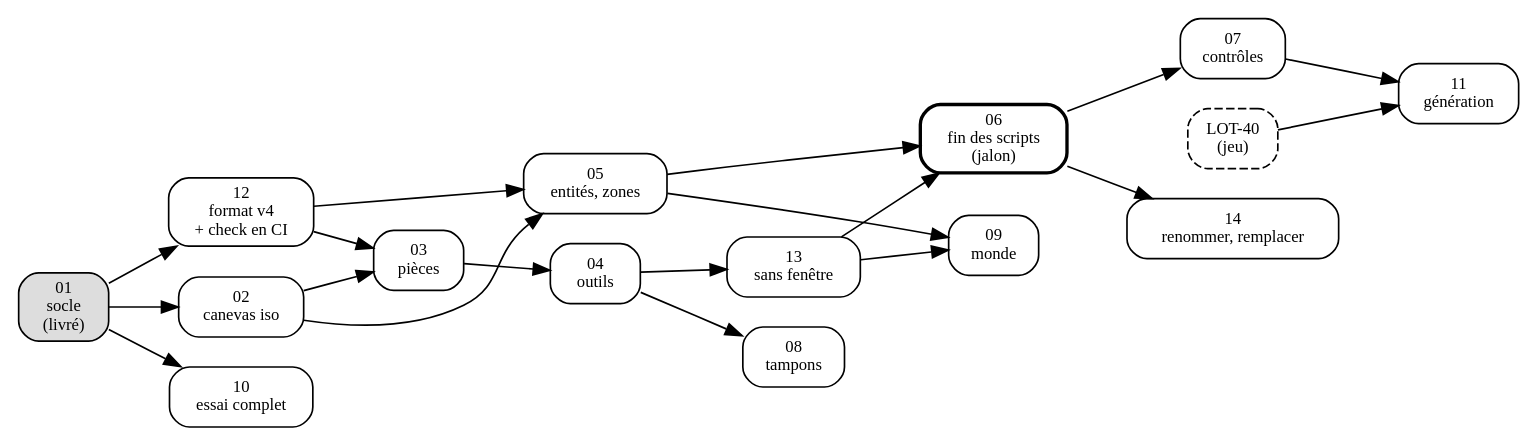
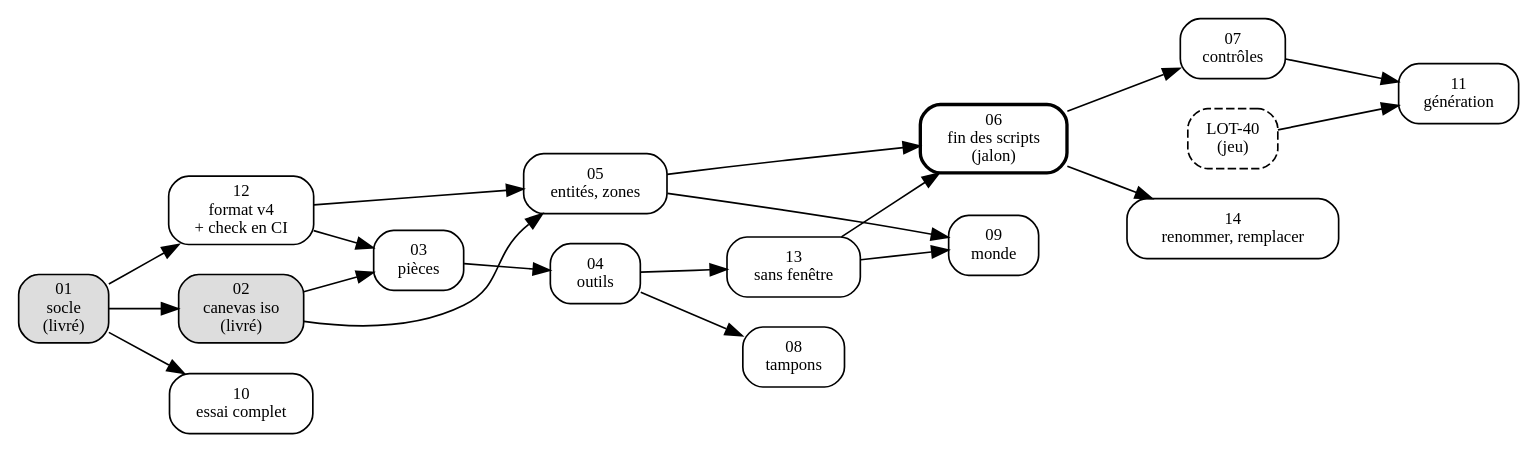
The diagram in Documentation/Editeur/feuille-de-route.md (azertval/JustAnotherDnDGame), drawn with Graphviz before and after one commit. The commit also changed other lines of this file and 54 other files, not shown here.

````diff
--- a/Documentation/Editeur/feuille-de-route.md
+++ b/Documentation/Editeur/feuille-de-route.md
@@ -209,29 +209,29 @@
 ```dot
 digraph editeur {
   rankdir=LR;
   node [shape=box, style=rounded, fontsize=10];
   E01 [label="01\nsocle\n(livré)", style="rounded,filled", fillcolor="#dddddd"];
-  E02 [label="02\ncanevas iso"];
+  E02 [label="02\ncanevas iso\n(livré)", style="rounded,filled", fillcolor="#dddddd"];
   E12 [label="12\nformat v4\n+ check en CI"];
   E03 [label="03\npièces"];
   E04 [label="04\noutils"];
   E05 [label="05\nentités, zones"];
   E13 [label="13\nsans fenêtre"];
   E06 [label="06\nfin des scripts\n(jalon)", style="rounded,bold"];
   E07 [label="07\ncontrôles"];
   E14 [label="14\nrenommer, remplacer"];
   E08 [label="08\ntampons"];
   E09 [label="09\nmonde"];
   E10 [label="10\nessai complet"];
   E11 [label="11\ngénération"];
   L40 [label="LOT-40\n(jeu)", style="rounded,dashed"];
   E01 -> E02; E01 -> E12; E01 -> E10;
   E02 -> E03; E12 -> E03;
   E02 -> E05; E12 -> E05;
   E03 -> E04; E04 -> E13; E04 -> E08;
   E13 -> E06; E05 -> E06;
   E06 -> E07; E06 -> E14;
   E05 -> E09; E13 -> E09;
   E07 -> E11; L40 -> E11;
 }
 ```
````
